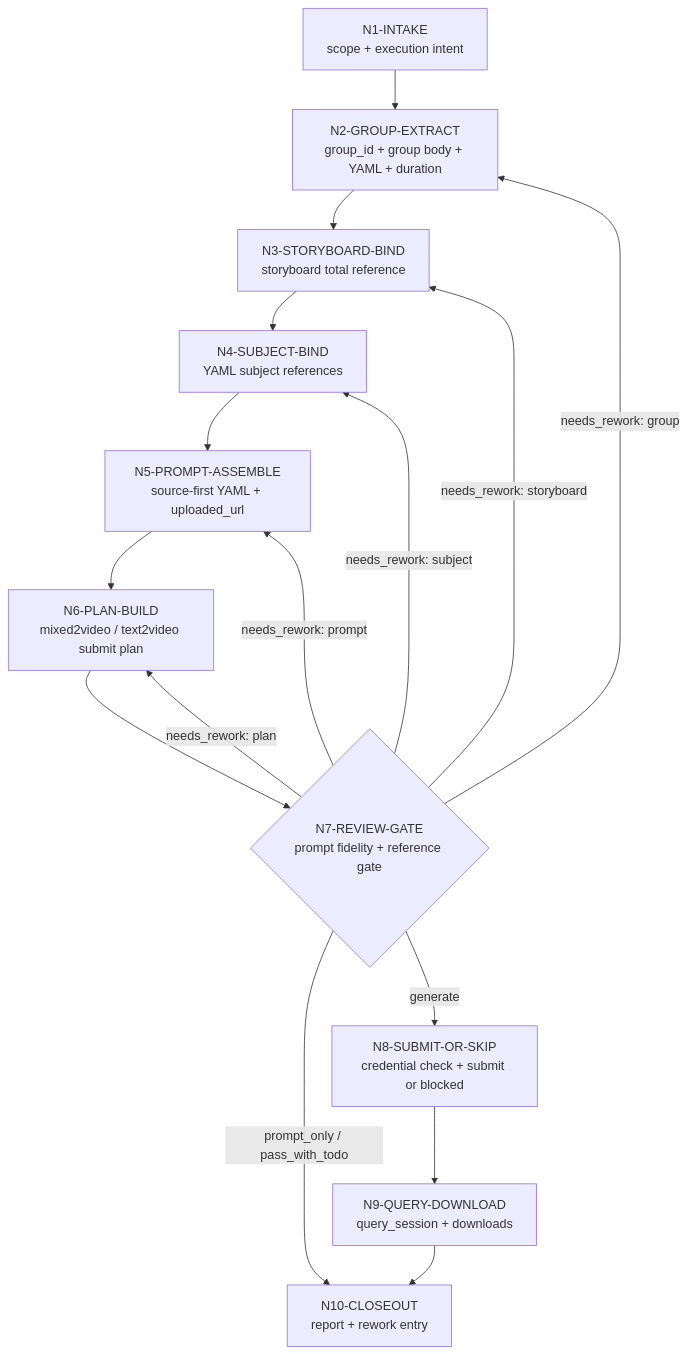
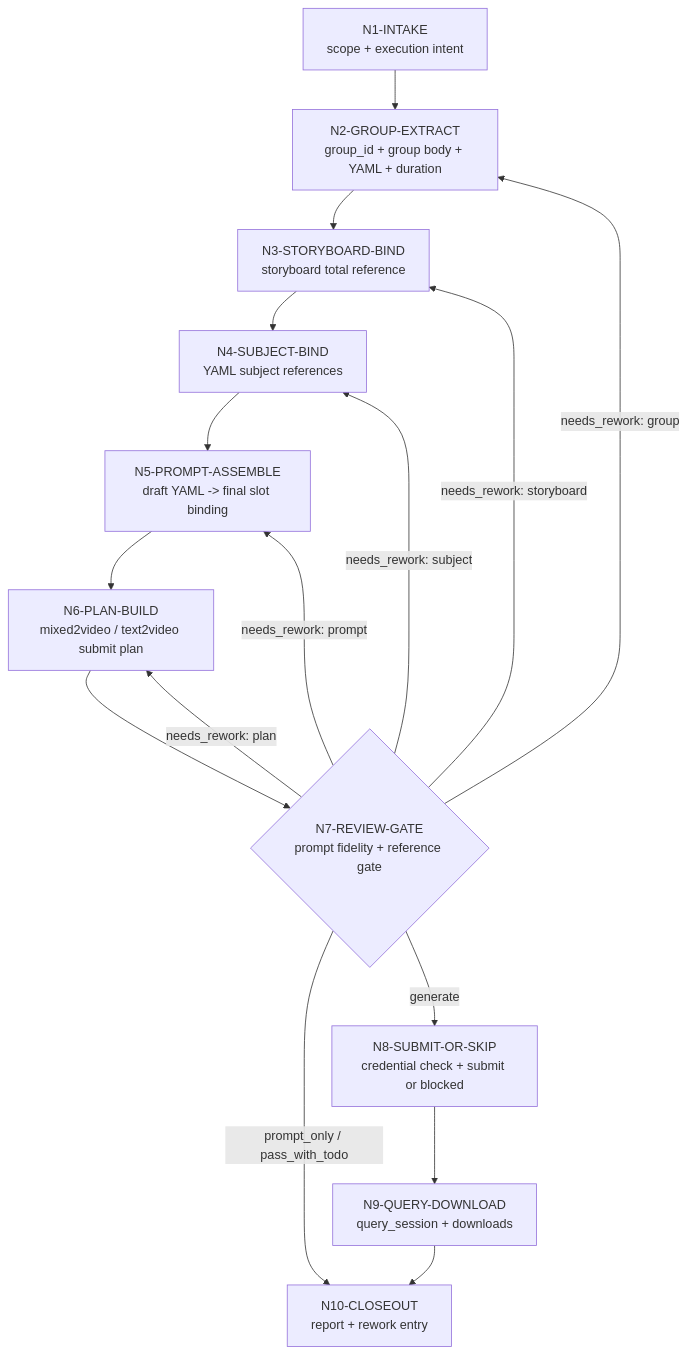
One commit to ZEN-VOID/AI-CUT changed the diagram in .agents/skills/aigc/7-视频/D-主板混合参照/steps/hybrid-reference-video-workflow.md. Above: the diagram before and after it, drawn with Mermaid. The commit also changed other lines of this file and 85 other files, not shown here.

````diff
--- a/.agents/skills/aigc/7-视频/D-主板混合参照/steps/hybrid-reference-video-workflow.md
+++ b/.agents/skills/aigc/7-视频/D-主板混合参照/steps/hybrid-reference-video-workflow.md
@@ -22,18 +22,18 @@
 ```mermaid
 flowchart TD
     N1["N1-INTAKE<br/>scope + execution intent"] --> N2["N2-GROUP-EXTRACT<br/>group_id + group body + YAML + duration"]
     N2 --> N3["N3-STORYBOARD-BIND<br/>storyboard total reference"]
     N3 --> N4["N4-SUBJECT-BIND<br/>YAML subject references"]
-    N4 --> N5["N5-PROMPT-ASSEMBLE<br/>source-first YAML + uploaded_url"]
+    N4 --> N5["N5-PROMPT-ASSEMBLE<br/>draft YAML -> final slot binding"]
     N5 --> N6["N6-PLAN-BUILD<br/>mixed2video / text2video submit plan"]
     N6 --> N7{"N7-REVIEW-GATE<br/>prompt fidelity + reference gate"}
     N7 -->|"prompt_only / pass_with_todo"| N10["N10-CLOSEOUT<br/>report + rework entry"]
     N7 -->|"generate"| N8["N8-SUBMIT-OR-SKIP<br/>credential check + submit or blocked"]
     N8 --> N9["N9-QUERY-DOWNLOAD<br/>query_session + downloads"]
     N9 --> N10
     N7 -->|"needs_rework: group"| N2
     N7 -->|"needs_rework: storyboard"| N3
     N7 -->|"needs_rework: subject"| N4
     N7 -->|"needs_rework: prompt"| N5
     N7 -->|"needs_rework: plan"| N6
 ```
````
